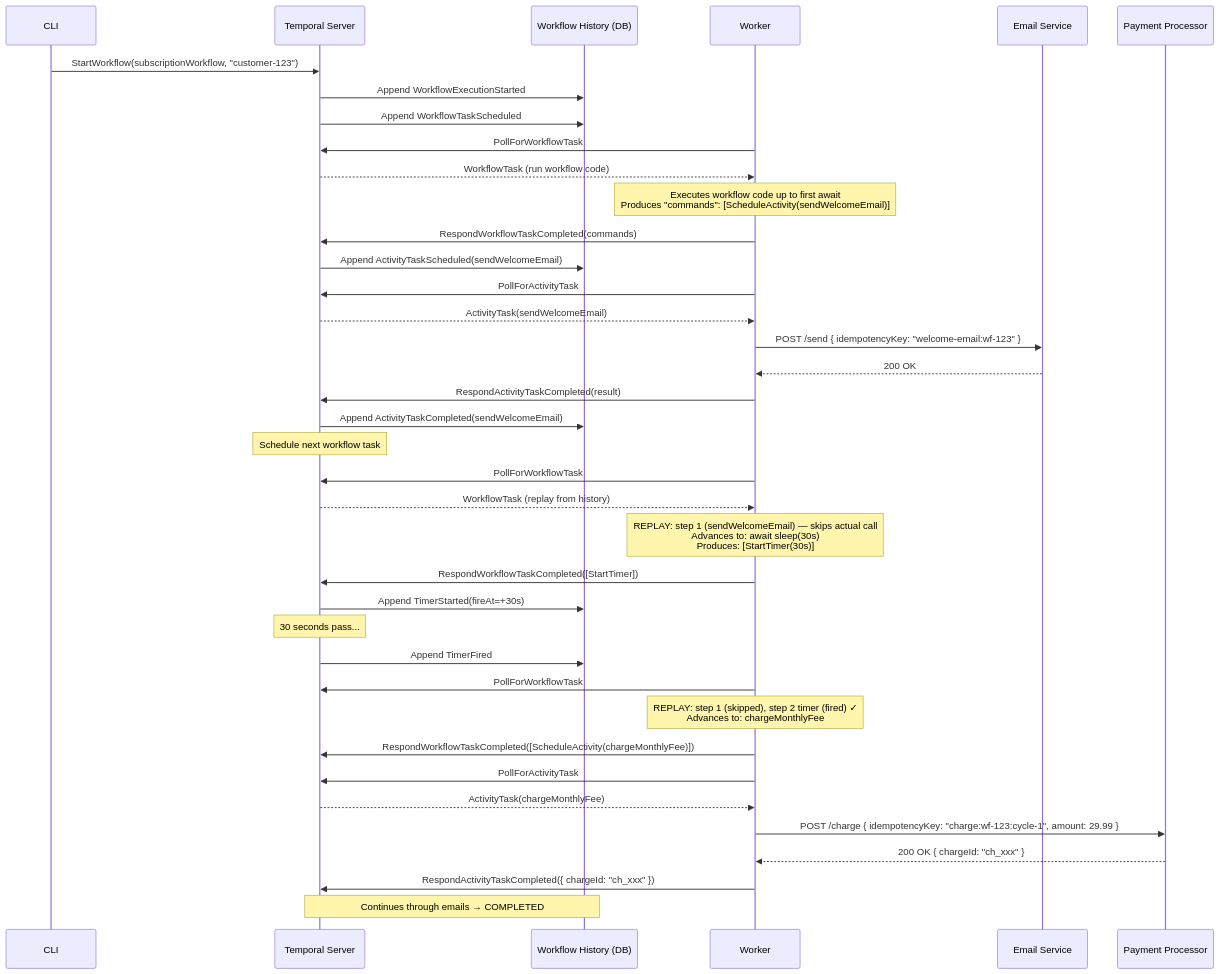
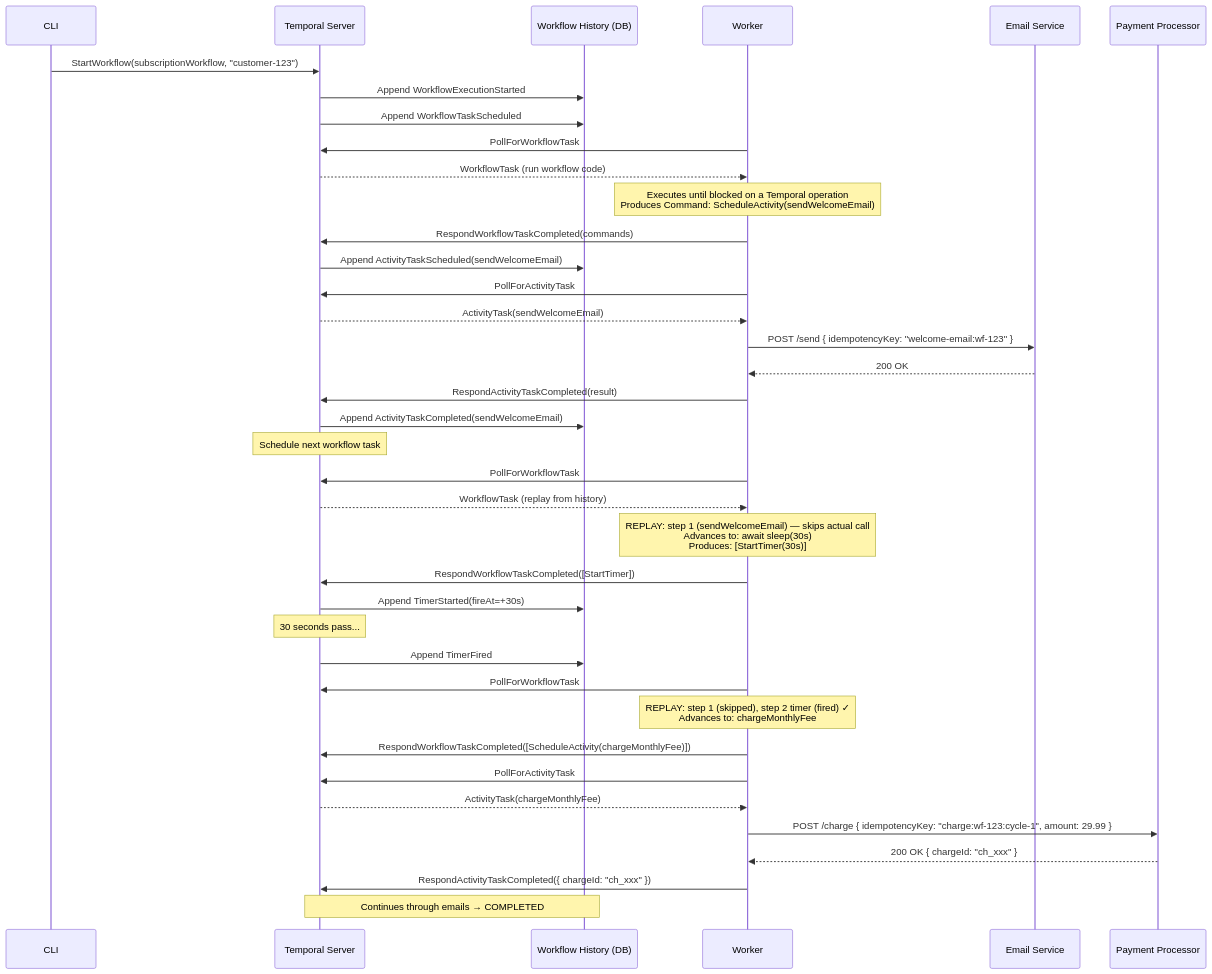
One commit to HackerM0nk/temporal-from-scratch changed the first of 3 diagrams in docs/temporal-architecture.md. Above: the diagram before and after it, drawn with Mermaid. The commit also changed other lines of this file and 20 other files, not shown here.

Commit message:
Add a durable Temporal and Flue agentic workflow guide

````diff
--- a/docs/temporal-architecture.md
+++ b/docs/temporal-architecture.md
@@ -5,52 +5,52 @@
 ```mermaid
 sequenceDiagram
     participant CLI
     participant TemporalServer as Temporal Server
     participant History as Workflow History (DB)
     participant Worker
     participant EmailSvc as Email Service
     participant PaymentSvc as Payment Processor
 
     CLI->>TemporalServer: StartWorkflow(subscriptionWorkflow, "customer-123")
     TemporalServer->>History: Append WorkflowExecutionStarted
     TemporalServer->>History: Append WorkflowTaskScheduled
 
     Worker->>TemporalServer: PollForWorkflowTask
     TemporalServer-->>Worker: WorkflowTask (run workflow code)
 
-    Note over Worker: Executes workflow code up to first await<br/>Produces "commands": [ScheduleActivity(sendWelcomeEmail)]
+    Note over Worker: Executes until blocked on a Temporal operation<br/>Produces Command: ScheduleActivity(sendWelcomeEmail)
 
     Worker->>TemporalServer: RespondWorkflowTaskCompleted(commands)
     TemporalServer->>History: Append ActivityTaskScheduled(sendWelcomeEmail)
 
     Worker->>TemporalServer: PollForActivityTask
     TemporalServer-->>Worker: ActivityTask(sendWelcomeEmail)
     Worker->>EmailSvc: POST /send { idempotencyKey: "welcome-email:wf-123" }
     EmailSvc-->>Worker: 200 OK
     Worker->>TemporalServer: RespondActivityTaskCompleted(result)
     TemporalServer->>History: Append ActivityTaskCompleted(sendWelcomeEmail)
 
     Note over TemporalServer: Schedule next workflow task
 
     Worker->>TemporalServer: PollForWorkflowTask
     TemporalServer-->>Worker: WorkflowTask (replay from history)
     Note over Worker: REPLAY: step 1 (sendWelcomeEmail) — skips actual call<br/>Advances to: await sleep(30s)<br/>Produces: [StartTimer(30s)]
 
     Worker->>TemporalServer: RespondWorkflowTaskCompleted([StartTimer])
     TemporalServer->>History: Append TimerStarted(fireAt=+30s)
 
     Note over TemporalServer: 30 seconds pass...
     TemporalServer->>History: Append TimerFired
 
     Worker->>TemporalServer: PollForWorkflowTask
     Note over Worker: REPLAY: step 1 (skipped), step 2 timer (fired) ✓<br/>Advances to: chargeMonthlyFee
 
     Worker->>TemporalServer: RespondWorkflowTaskCompleted([ScheduleActivity(chargeMonthlyFee)])
     Worker->>TemporalServer: PollForActivityTask
     TemporalServer-->>Worker: ActivityTask(chargeMonthlyFee)
     Worker->>PaymentSvc: POST /charge { idempotencyKey: "charge:wf-123:cycle-1", amount: 29.99 }
     PaymentSvc-->>Worker: 200 OK { chargeId: "ch_xxx" }
     Worker->>TemporalServer: RespondActivityTaskCompleted({ chargeId: "ch_xxx" })
 
     Note over TemporalServer,History: Continues through emails → COMPLETED
 ```
````
